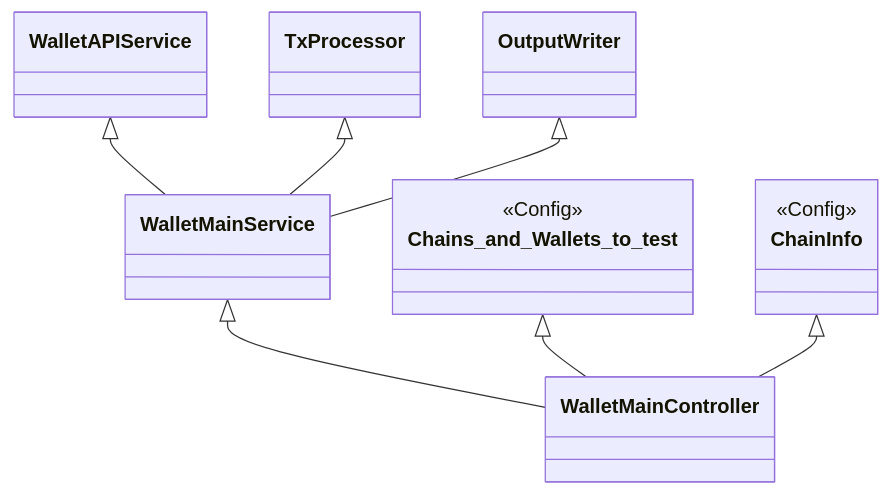
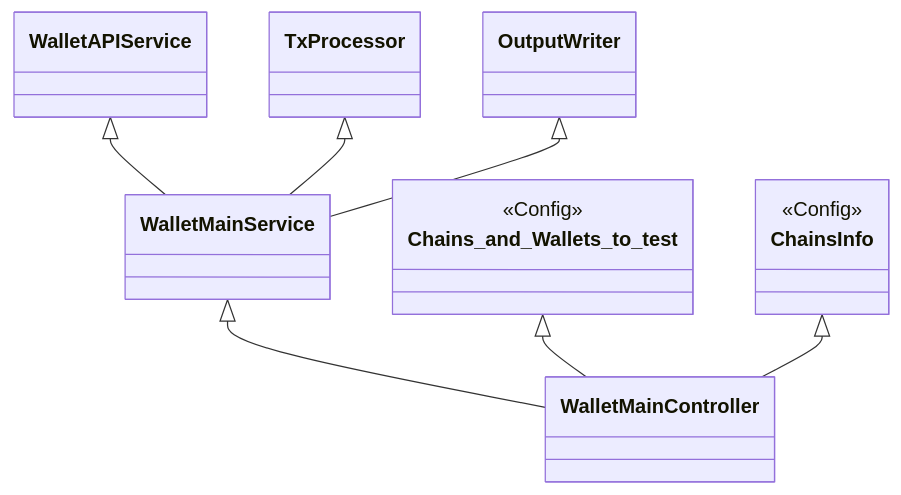
One commit to SmiteDeluxe/tx-tax-formatter changed the diagram in README.md. Above: the diagram before and after it, drawn with Mermaid.

````diff
--- a/README.md
+++ b/README.md
@@ -1,15 +1,15 @@
 ```mermaid
 classDiagram
       WalletMainService <|-- WalletMainController
       WalletAPIService <|-- WalletMainService
       TxProcessor <|-- WalletMainService
       OutputWriter <|-- WalletMainService
       Chains_and_Wallets_to_test <|-- WalletMainController
-      ChainInfo <|-- WalletMainController
+      ChainsInfo <|-- WalletMainController
       class Chains_and_Wallets_to_test {
         <<Config>>
       }
-      class ChainInfo {
+      class ChainsInfo {
         <<Config>>
       }
 ```
````
